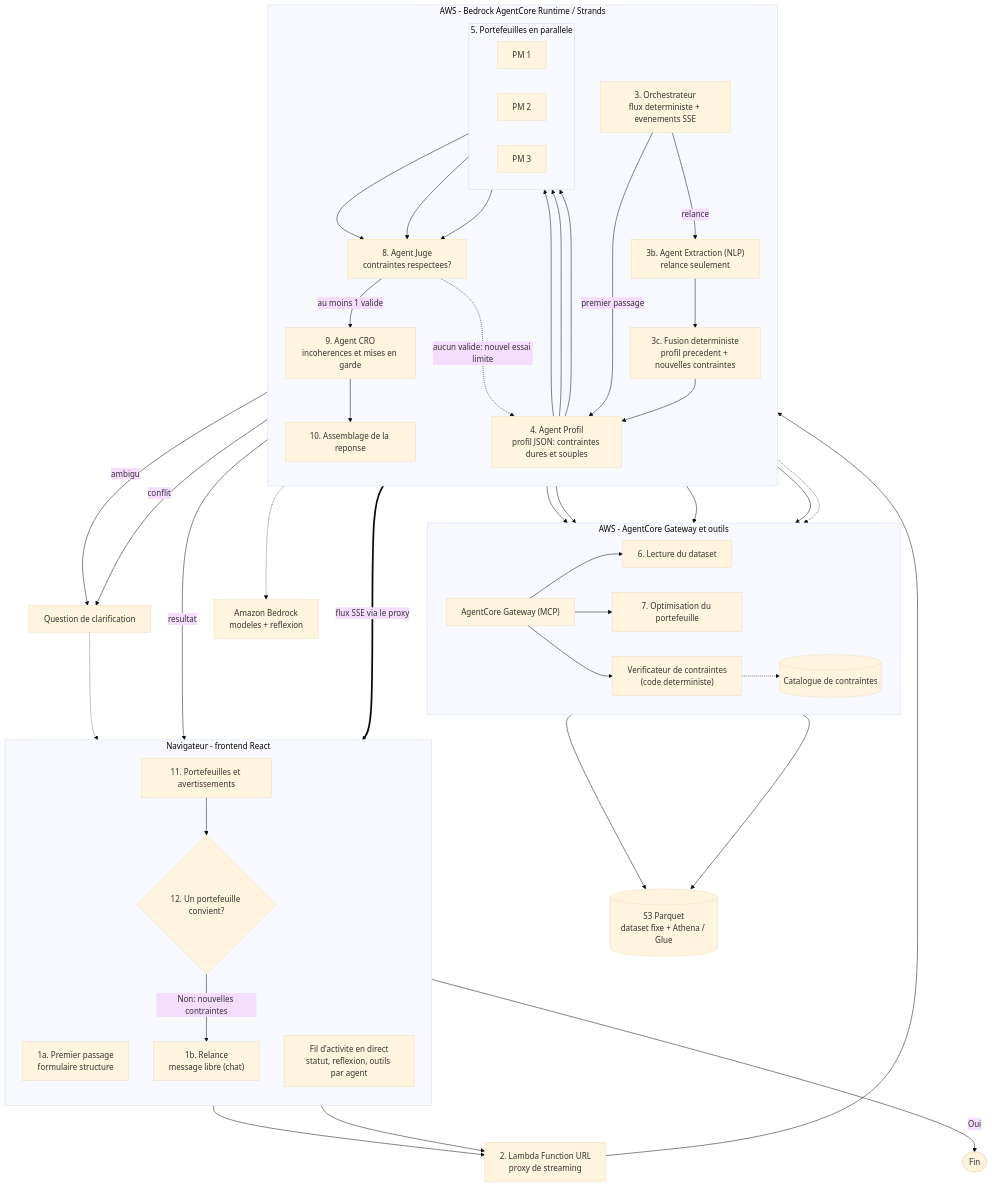
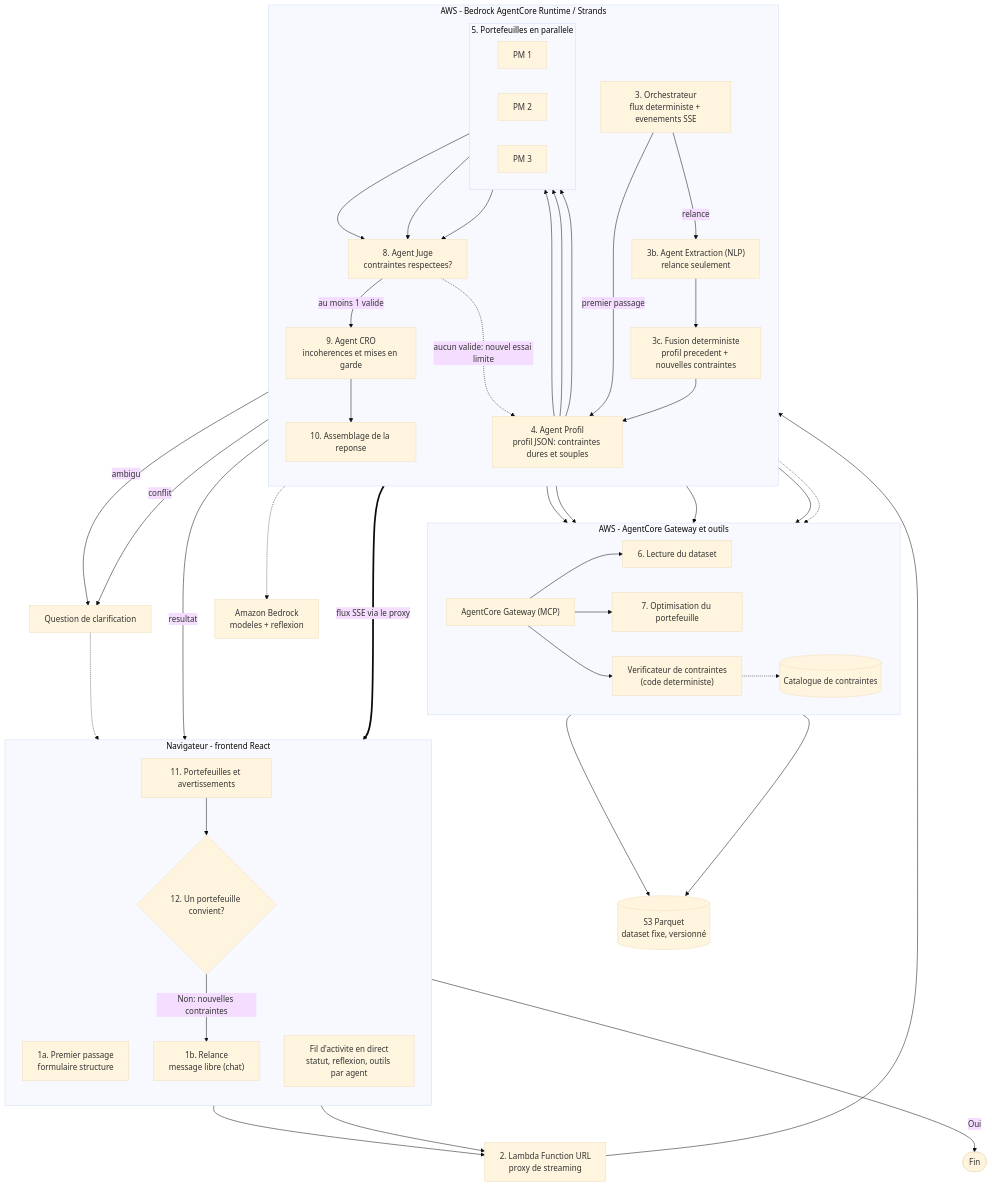
Before and after one commit to maximepierregit/Datathon_pf_2026: the diagram in docs/architecture-workflow.md, drawn with Mermaid (base theme). The commit also changed other lines of this file and 8 other files, not shown here.

````diff
--- a/docs/architecture-workflow.md
+++ b/docs/architecture-workflow.md
@@ -7,81 +7,81 @@
 ```mermaid
 flowchart TB
   subgraph FE[Navigateur - frontend React]
     direction TB
     A1["1a. Premier passage<br/>formulaire structure"]
     A1B["1b. Relance<br/>message libre (chat)"]
     UI["Fil d'activite en direct<br/>statut, reflexion, outils par agent"]
     A9["11. Portefeuilles et avertissements"]
     A10{"12. Un portefeuille convient?"}
   end
 
   PX["2. Lambda Function URL<br/>proxy de streaming"]
 
   subgraph RT[AWS - Bedrock AgentCore Runtime / Strands]
     direction TB
     O["3. Orchestrateur<br/>flux deterministe + evenements SSE"]
     X["3b. Agent Extraction (NLP)<br/>relance seulement"]
     M["3c. Fusion deterministe<br/>profil precedent + nouvelles contraintes"]
     P["4. Agent Profil<br/>profil JSON: contraintes dures et souples"]
     subgraph FAN[5. Portefeuilles en parallele]
       direction LR
       PM1["PM 1"]
       PM2["PM 2"]
       PM3["PM 3"]
     end
     J["8. Agent Juge<br/>contraintes respectees?"]
     C["9. Agent CRO<br/>incoherences et mises en garde"]
     R["10. Assemblage de la reponse"]
   end
 
   Q["Question de clarification"]
 
   subgraph TOOLS[AWS - AgentCore Gateway et outils]
     direction LR
     GW["AgentCore Gateway (MCP)"]
     T1["6. Lecture du dataset"]
     T2["7. Optimisation du portefeuille"]
     T3["Verificateur de contraintes<br/>(code deterministe)"]
     CAT[("Catalogue de contraintes")]
   end
 
-  DATA[("S3 Parquet<br/>dataset fixe + Athena / Glue")]
+  DATA[("S3 Parquet<br/>dataset fixe, versionné")]
   BR["Amazon Bedrock<br/>modeles + reflexion"]
 
   %% Parcours principal (de haut en bas)
   A1 --> PX
   PX --> O
   O -- "premier passage" --> P
   P --> PM1 & PM2 & PM3
   PM1 & PM2 & PM3 --> J
   J -- "au moins 1 valide" --> C
   C --> R
   R -- "resultat" --> A9
   A9 --> A10
   A10 -- "Oui" --> FIN(["Fin"])
 
   %% Relance
   A10 -- "Non: nouvelles contraintes" --> A1B
   A1B --> PX
   O -- "relance" --> X
   X --> M
   M --> P
   X -- "ambigu" --> Q
   M -- "conflit" --> Q
   Q -.-> A1B
 
   %% Boucle interne
   J -. "aucun valide: nouvel essai limite" .-> P
 
   %% Outils et donnees
   PM1 & PM2 & PM3 --> GW
   J --> GW
   GW --> T1 & T2 & T3
   T1 & T2 --> DATA
   T3 -.-> CAT
   X -.-> CAT
 
   %% Streaming et modeles
   RT == "flux SSE via le proxy" ==> UI
   RT -.-> BR
 ```
````
